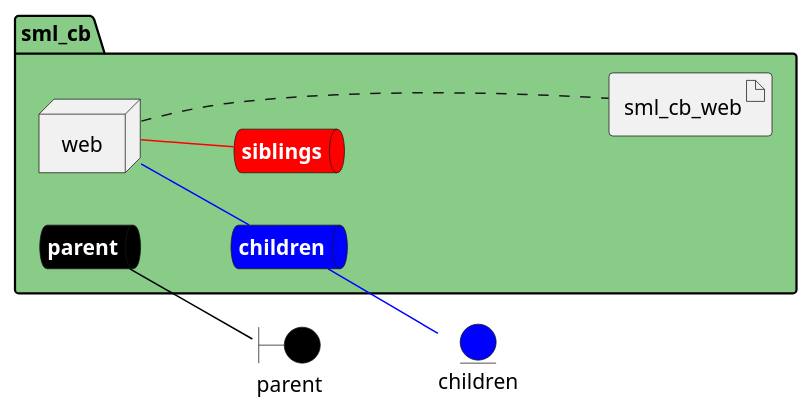
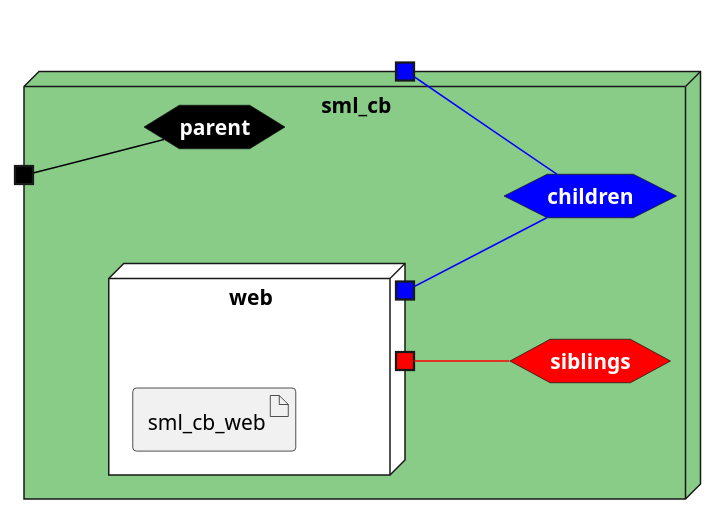
The diagram in docs/edgemere/sml/cb/envs/dev/deployment.puml (madajaju/edgemere), drawn with PlantUML before and after one commit. The commit also changed 957 other files, not shown here.

```diff
--- a/docs/edgemere/sml/cb/envs/dev/deployment.puml
+++ b/docs/edgemere/sml/cb/envs/dev/deployment.puml
@@ -1,45 +1,47 @@
 @startuml
 
 left to right direction
 
 
-boundary parent #black
-
-
-entity children #blue
 
 
 
 
-package "sml_cb" #88cc88 {
-    queue parentnet #black [
+
+node "sml_cb" #88cc88 {
+
+
+    hexagon parentnet #black [
             <b><color:white>parent</color></b>
     ]
     
-    parentnet -[#black]- parent
+    portin " " as parentnetPortIn #black
+    parentnetPortIn -[#black]- parentnet
     
-    queue childrennet #blue [
+    hexagon childrennet #blue [
             <b><color:white>children</color></b>
     ]
     
-    childrennet -[#blue]- children
+    portout " " as childrennetPortOut #blue
+    childrennet -[#blue]- childrennetPortOut
     
-    queue siblingsnet #red [
+    hexagon siblingsnet #red [
             <b><color:white>siblings</color></b>
     ]
     
 
-node "web" as webService
+node "web" as webService #white {
+    portOut " " as webServicechildrennet #blue
+   webServicechildrennet -[#blue]- childrennet
+       portOut " " as webServicesiblingsnet #red
+   webServicesiblingsnet -[#red]- siblingsnet
+   
 
-
-        artifact "sml_cb_web" as sml_cb_webimage
+    artifact "sml_cb_web" as sml_cb_webimage
     
 }
 
-webService -[#blue]- childrennet
-
-webService -[#red]- siblingsnet
-webService .... sml_cb_webimage
+}
 
 
 @enduml
```
